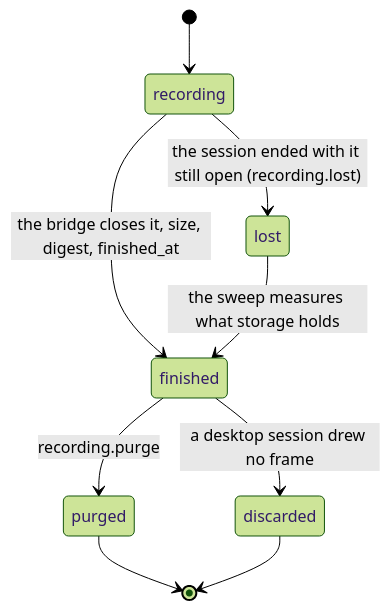
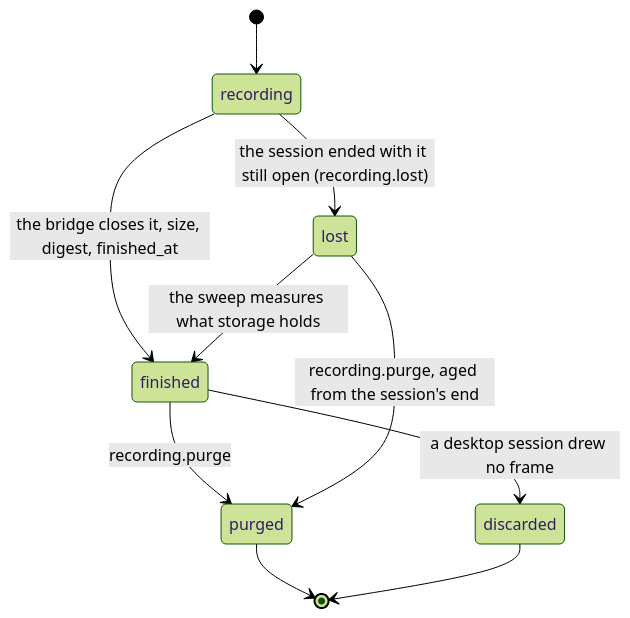
Before and after one commit to albatroxxx/zanskar: the second of 23 diagrams in docs/lifecycles.md, drawn with Mermaid (forest theme). The commit also changed other lines of this file and 76 other files, not shown here.

````diff
--- a/docs/lifecycles.md
+++ b/docs/lifecycles.md
@@ -43,11 +43,12 @@
 ```mermaid
 stateDiagram-v2
     [*] --> recording
     recording --> finished: the bridge closes it, size, digest, finished_at
     recording --> lost: the session ended with it still open (recording.lost)
     lost --> finished: the sweep measures what storage holds
     finished --> purged: recording.purge
+    lost --> purged: recording.purge, aged from the session's end
     finished --> discarded: a desktop session drew no frame
     purged --> [*]
     discarded --> [*]
 ```
````
